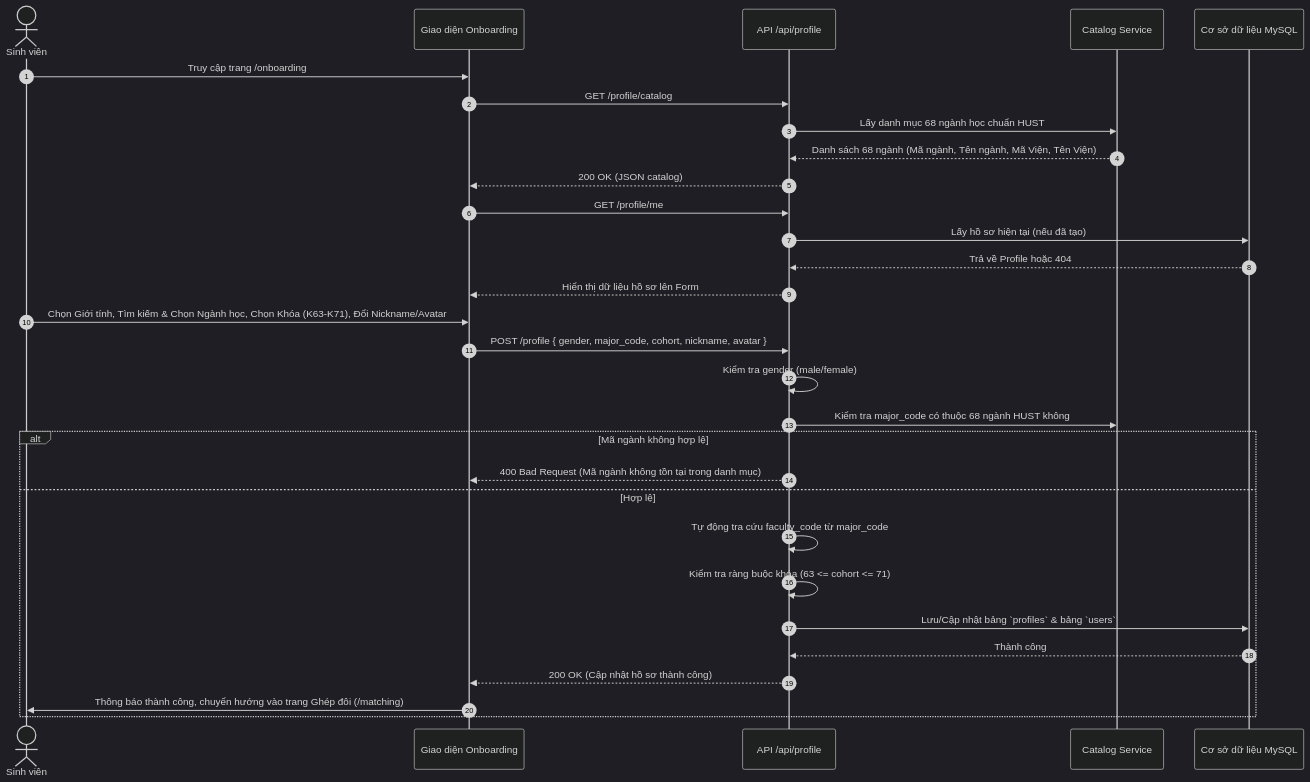
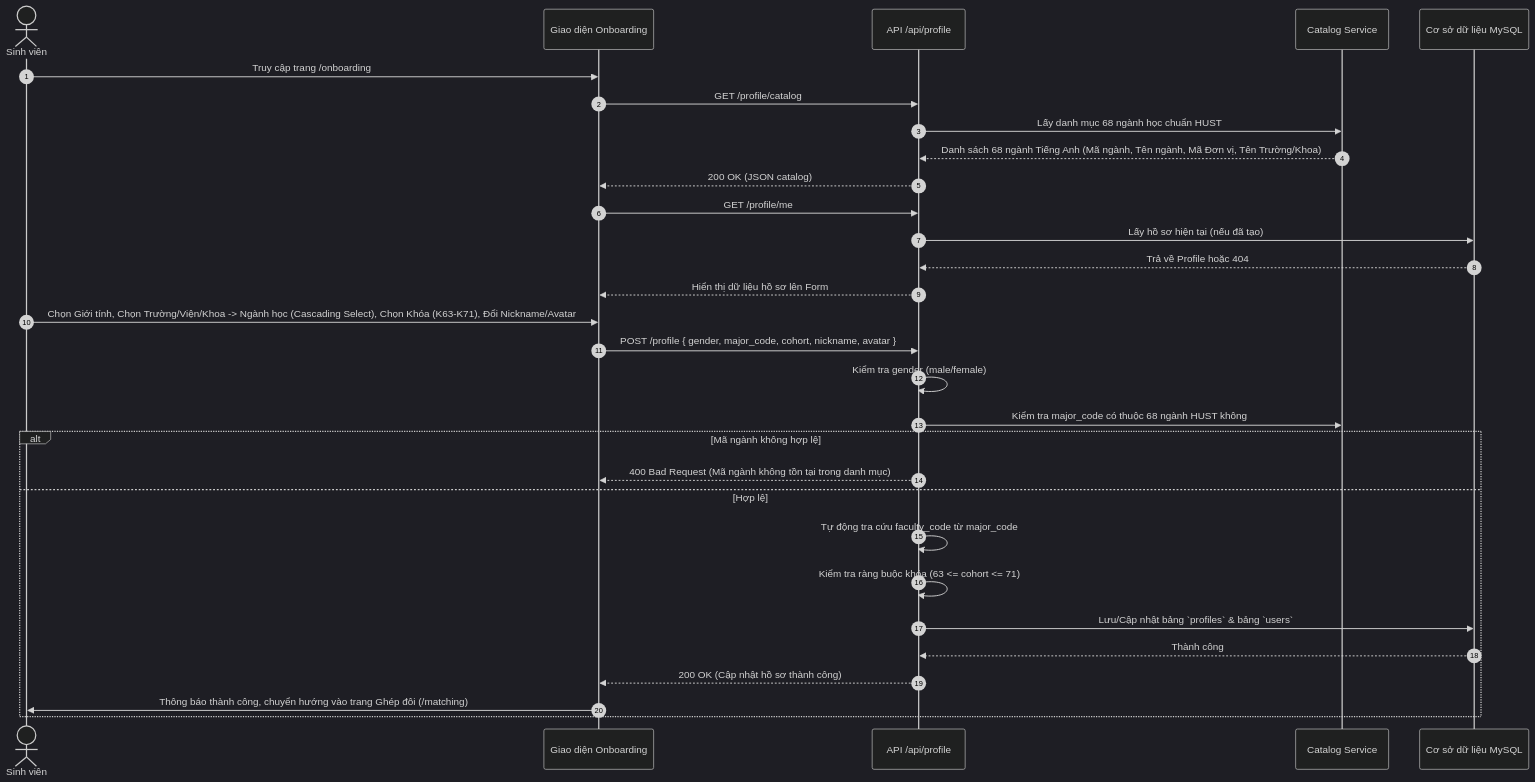
The sixth of 10 diagrams in docs/SYSTEM_FLOWS.md (maitrang051106/project_1), drawn with Mermaid (dark theme) before and after one commit. The commit also changed 6 other files, not shown here.

````diff
--- a/docs/SYSTEM_FLOWS.md
+++ b/docs/SYSTEM_FLOWS.md
@@ -275,34 +275,34 @@
 ```mermaid
 sequenceDiagram
     autonumber
     actor User as Sinh viên
     participant UI as Giao diện Onboarding
     participant ProfAPI as API /api/profile
     participant CatService as Catalog Service
     participant DB as Cơ sở dữ liệu MySQL
 
     User->>UI: Truy cập trang /onboarding
     UI->>ProfAPI: GET /profile/catalog
     ProfAPI->>CatService: Lấy danh mục 68 ngành học chuẩn HUST
-    CatService-->>ProfAPI: Danh sách 68 ngành (Mã ngành, Tên ngành, Mã Viện, Tên Viện)
+    CatService-->>ProfAPI: Danh sách 68 ngành Tiếng Anh (Mã ngành, Tên ngành, Mã Đơn vị, Tên Trường/Khoa)
     ProfAPI-->>UI: 200 OK (JSON catalog)
     UI->>ProfAPI: GET /profile/me
     ProfAPI->>DB: Lấy hồ sơ hiện tại (nếu đã tạo)
     DB-->>ProfAPI: Trả về Profile hoặc 404
     ProfAPI-->>UI: Hiển thị dữ liệu hồ sơ lên Form
 
-    User->>UI: Chọn Giới tính, Tìm kiếm & Chọn Ngành học, Chọn Khóa (K63-K71), Đổi Nickname/Avatar
+    User->>UI: Chọn Giới tính, Chọn Trường/Viện/Khoa -> Ngành học (Cascading Select), Chọn Khóa (K63-K71), Đổi Nickname/Avatar
     UI->>ProfAPI: POST /profile { gender, major_code, cohort, nickname, avatar }
     ProfAPI->>ProfAPI: Kiểm tra gender (male/female)
     ProfAPI->>CatService: Kiểm tra major_code có thuộc 68 ngành HUST không
     alt Mã ngành không hợp lệ
         ProfAPI-->>UI: 400 Bad Request (Mã ngành không tồn tại trong danh mục)
     else Hợp lệ
         ProfAPI->>ProfAPI: Tự động tra cứu faculty_code từ major_code
         ProfAPI->>ProfAPI: Kiểm tra ràng buộc khóa (63 <= cohort <= 71)
         ProfAPI->>DB: Lưu/Cập nhật bảng `profiles` & bảng `users`
         DB-->>ProfAPI: Thành công
         ProfAPI-->>UI: 200 OK (Cập nhật hồ sơ thành công)
         UI->>User: Thông báo thành công, chuyển hướng vào trang Ghép đôi (/matching)
     end
 ```
````
